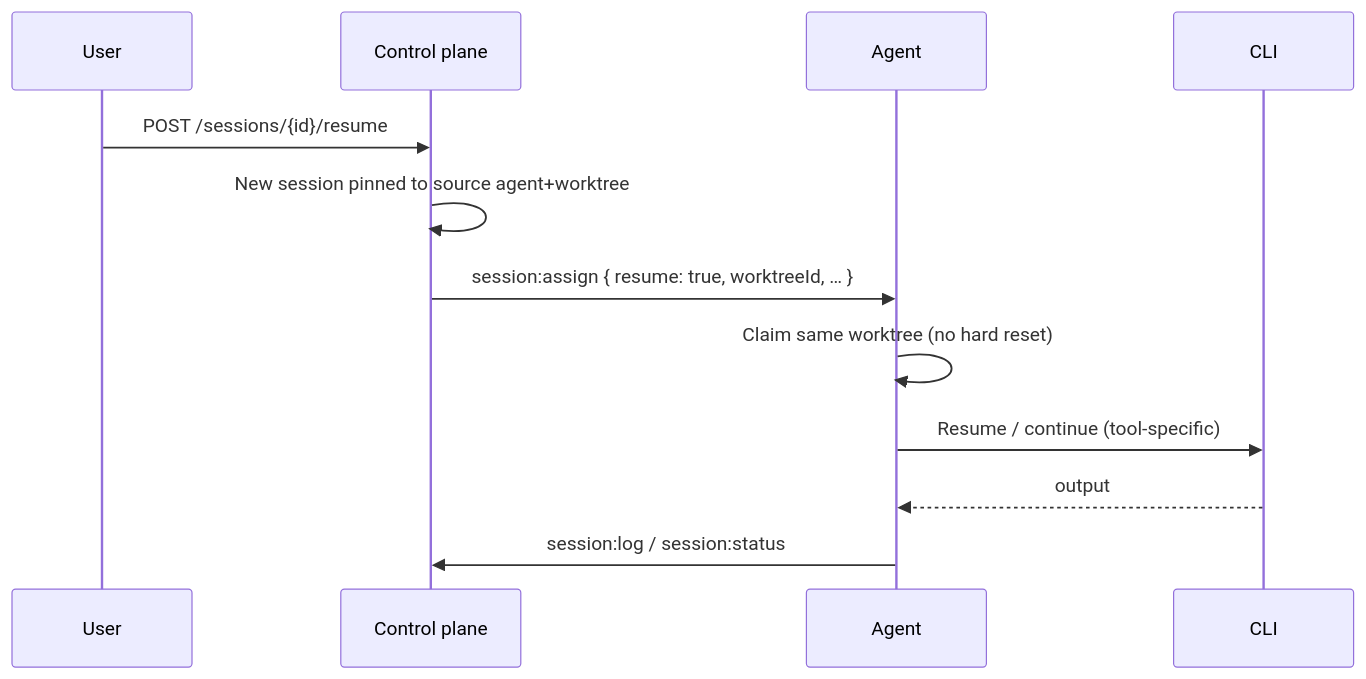
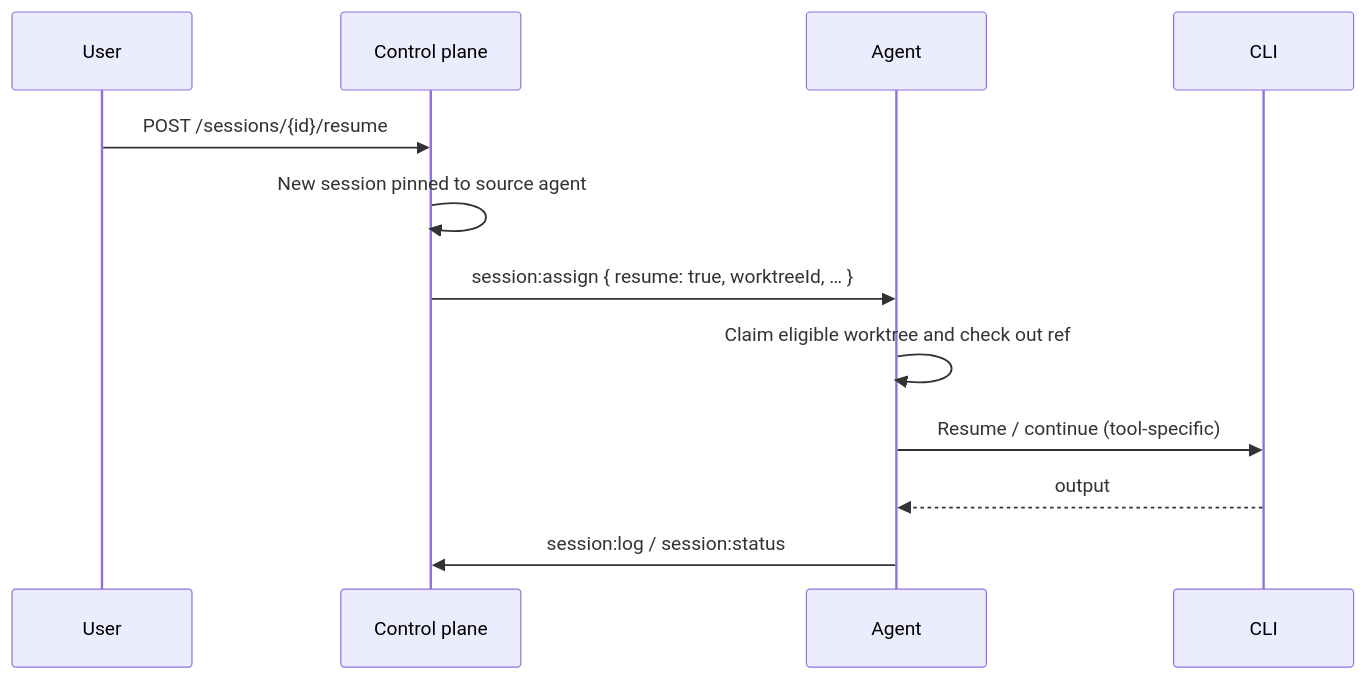
One commit to jonathanong/auto-harness changed the third of 5 diagrams in docs/host-daemon.md. Above: the diagram before and after it, drawn with Mermaid. The commit also changed other lines of this file and 6 other files, not shown here.

````diff
--- a/docs/host-daemon.md
+++ b/docs/host-daemon.md
@@ -194,15 +194,15 @@
 ```mermaid
 sequenceDiagram
     participant User
     participant API as Control plane
     participant Agent
     participant CLI
 
     User->>API: POST /sessions/{id}/resume
-    API->>API: New session pinned to source agent+worktree
+    API->>API: New session pinned to source agent
     API->>Agent: session:assign { resume: true, worktreeId, … }
-    Agent->>Agent: Claim same worktree (no hard reset)
+    Agent->>Agent: Claim eligible worktree and check out ref
     Agent->>CLI: Resume / continue (tool-specific)
     CLI-->>Agent: output
     Agent->>API: session:log / session:status
 ```
````
